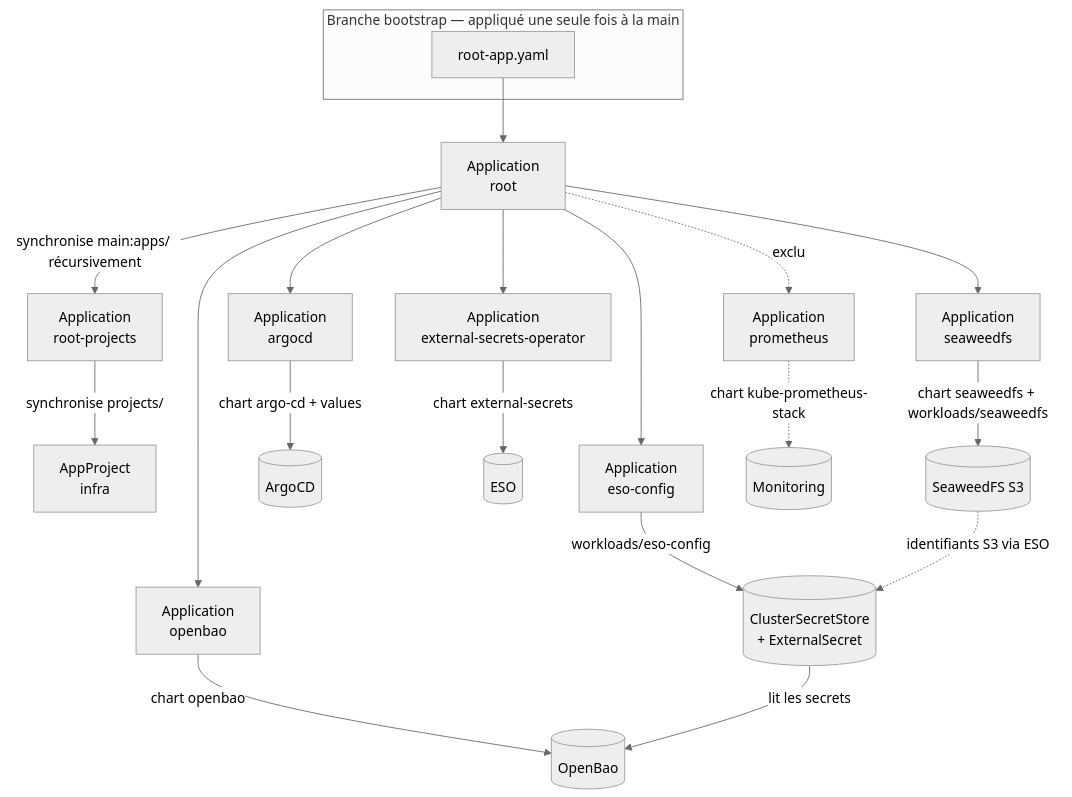
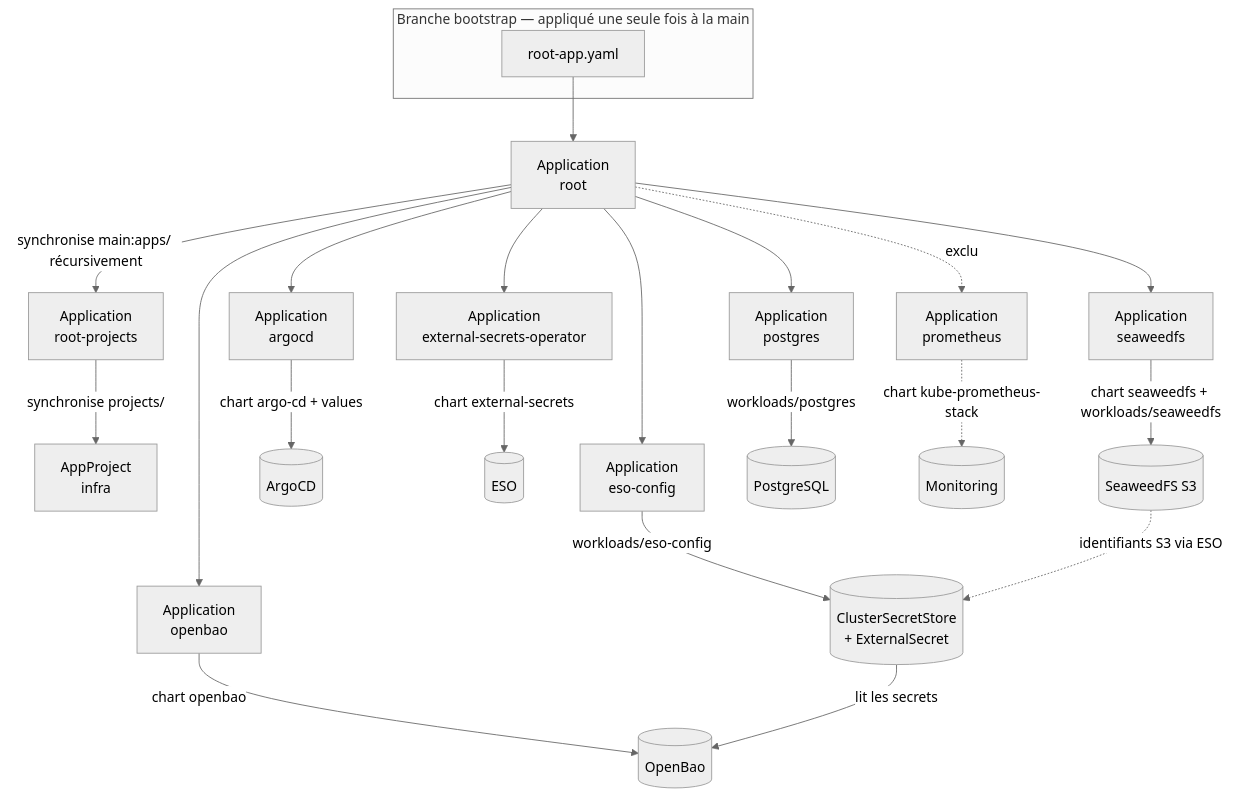
One commit to jeanbaptiste-billaud/ArgoCD_Udemy changed the diagram in README.md. Above: the diagram before and after it, drawn with Mermaid (neutral theme). The commit also changed other lines of this file and 3 other files, not shown here.

First line of the commit message:
Add shared PostgreSQL with one file per database

````diff
--- a/README.md
+++ b/README.md
@@ -44,28 +45,30 @@
 ```mermaid
 flowchart TD
     subgraph manuel["Branche bootstrap — appliqué une seule fois à la main"]
         RA[root-app.yaml]
     end
 
     RA --> ROOT[Application<br/>root]
 
     ROOT -->|synchronise main:apps/ récursivement| RP[Application<br/>root-projects]
     RP -->|synchronise projects/| PRJ[AppProject<br/>infra]
 
     ROOT --> ARGO[Application<br/>argocd]
     ROOT --> ESO[Application<br/>external-secrets-operator]
     ROOT --> ESOC[Application<br/>eso-config]
     ROOT --> BAO[Application<br/>openbao]
     ROOT --> SWFS[Application<br/>seaweedfs]
+    ROOT --> PG[Application<br/>postgres]
     ROOT -. exclu .-> PROM[Application<br/>prometheus]
 
     ARGO -->|chart argo-cd + values| ARGOCD[(ArgoCD)]
     ESO -->|chart external-secrets| ESOD[(ESO)]
     ESOC -->|workloads/eso-config| CSS[(ClusterSecretStore<br/>+ ExternalSecret)]
     BAO -->|chart openbao| BAOD[(OpenBao)]
     SWFS -->|chart seaweedfs + workloads/seaweedfs| SWFSD[(SeaweedFS S3)]
+    PG -->|workloads/postgres| PGD[(PostgreSQL)]
     PROM -.->|chart kube-prometheus-stack| PROMD[(Monitoring)]
 
     CSS -->|lit les secrets| BAOD
     SWFSD -.->|identifiants S3 via ESO| CSS
 ```
````
